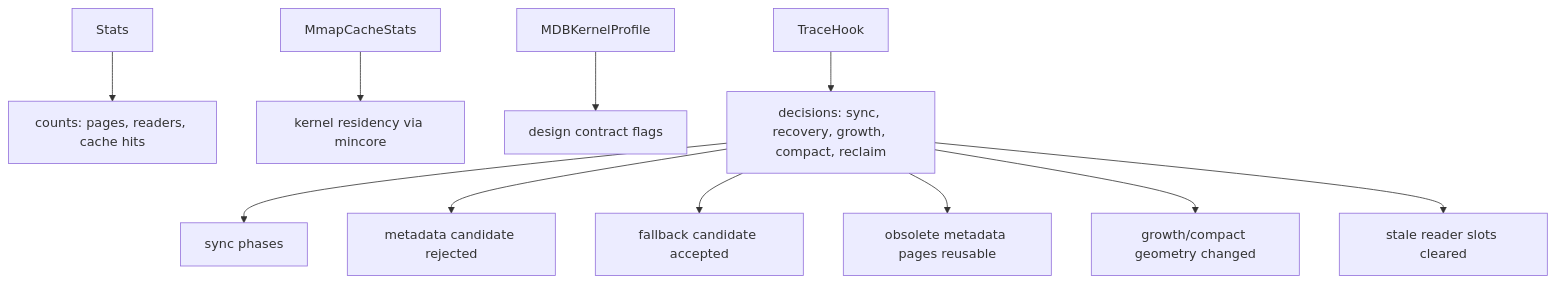
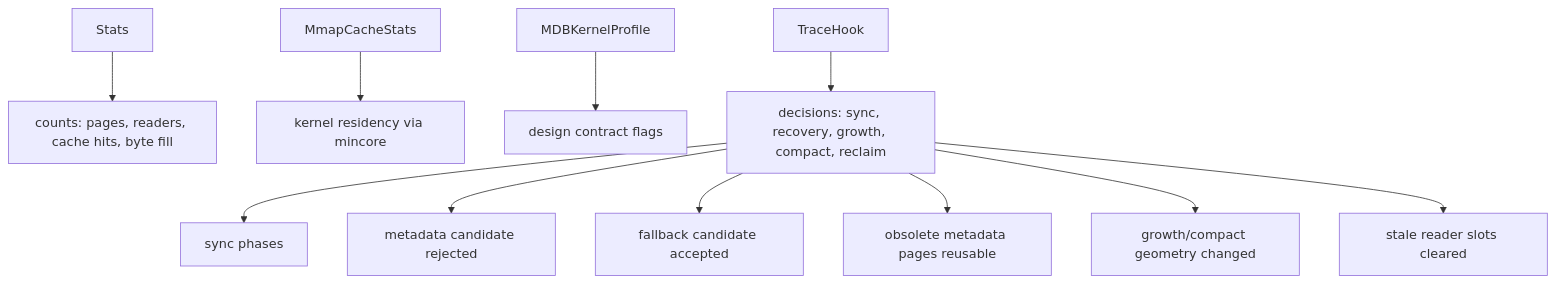
One commit to hadamrd/cow-btree-course changed diagram 17 of 18 in docs/00-storage-engine-course.md. Above: the diagram before and after it, drawn with Mermaid. The commit also changed other lines of this file and 10 other files, not shown here.

Commit message:
feat: report page byte fill stats

````diff
--- a/docs/00-storage-engine-course.md
+++ b/docs/00-storage-engine-course.md
@@ -577,14 +579,14 @@
 ```mermaid
 flowchart TD
-    S["Stats"] --> C["counts: pages, readers, cache hits"]
+    S["Stats"] --> C["counts: pages, readers, cache hits, byte fill"]
     M["MmapCacheStats"] --> R["kernel residency via mincore"]
     P["MDBKernelProfile"] --> K["design contract flags"]
     T["TraceHook"] --> E["decisions: sync, recovery, growth, compact, reclaim"]
 
     E --> A["sync phases"]
     E --> B["metadata candidate rejected"]
     E --> D["fallback candidate accepted"]
     E --> F["obsolete metadata pages reusable"]
     E --> G["growth/compact geometry changed"]
     E --> H["stale reader slots cleared"]
 ```
````
